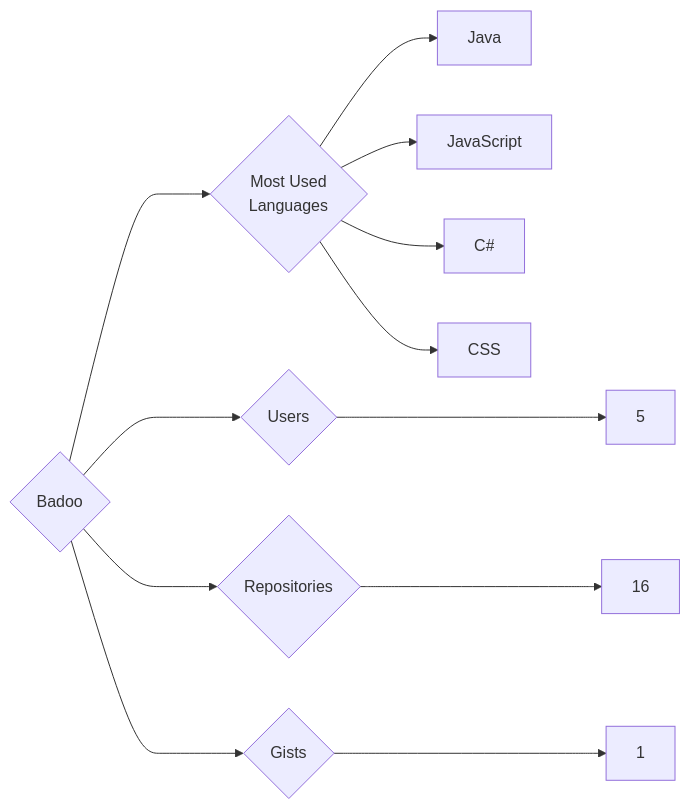
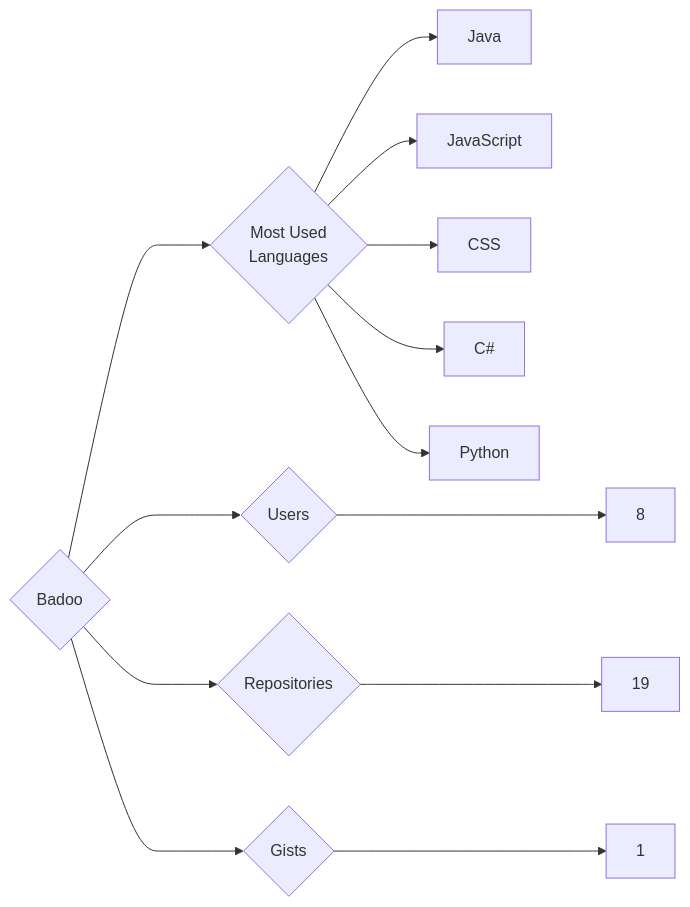
The diagram in targets/Badoo/README.md (trickest/insiders), drawn with Mermaid before and after one commit. The commit also changed 1089 other files, not shown here.

````diff
--- a/targets/Badoo/README.md
+++ b/targets/Badoo/README.md
@@ -3,12 +3,13 @@
 ```mermaid
 graph LR
 COMPANY_NAME{Badoo}
-COMPANY_NAME ---> U{Users} ---> UN[5]
-COMPANY_NAME ---> R{Repositories} ---> RN[16]
+COMPANY_NAME ---> U{Users} ---> UN[8]
+COMPANY_NAME ---> R{Repositories} ---> RN[19]
 COMPANY_NAME ---> G{Gists} ---> GN[1]
 COMPANY_NAME ---> ML{Most Used<br>Languages}
 ML --> Java[Java]
 ML --> JavaScript[JavaScript]
+ML --> CSS[CSS]
 ML --> C#[C#]
-ML --> CSS[CSS]
+ML --> Python[Python]
 ```
````
